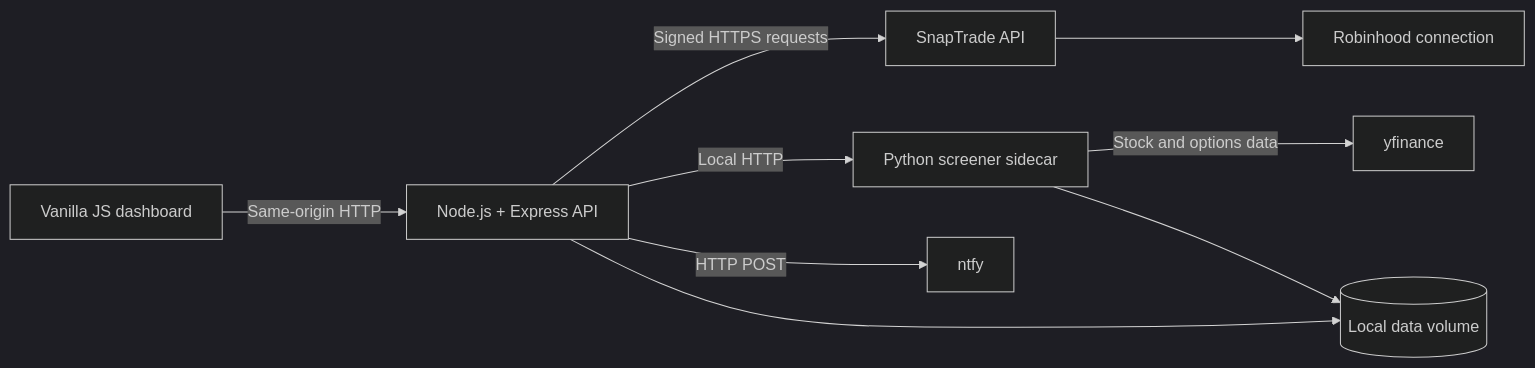
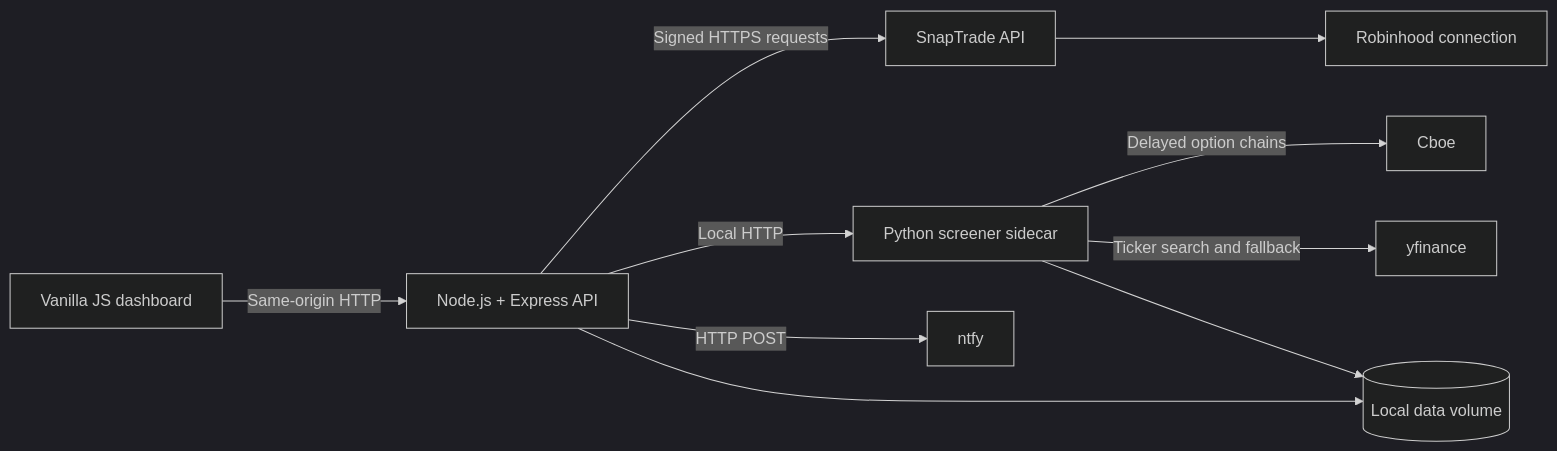
The diagram in README.md (asadhusain97/wheely_nilly), drawn with Mermaid (dark theme) before and after one commit. The commit also changed other lines of this file and 33 other files, not shown here.

````diff
--- a/README.md
+++ b/README.md
@@ -27,11 +27,12 @@
 ```mermaid
 flowchart LR
     Browser[Vanilla JS dashboard] -->|Same-origin HTTP| Node[Node.js + Express API]
     Node -->|Signed HTTPS requests| SnapTrade[SnapTrade API]
     SnapTrade --> Robinhood[Robinhood connection]
     Node -->|Local HTTP| Python[Python screener sidecar]
-    Python -->|Stock and options data| Yahoo[yfinance]
+    Python -->|Delayed option chains| Cboe[Cboe]
+    Python -->|Ticker search and fallback| Yahoo[yfinance]
     Node -->|HTTP POST| Ntfy[ntfy]
     Node --> Data[(Local data volume)]
     Python --> Data
 ```
````
